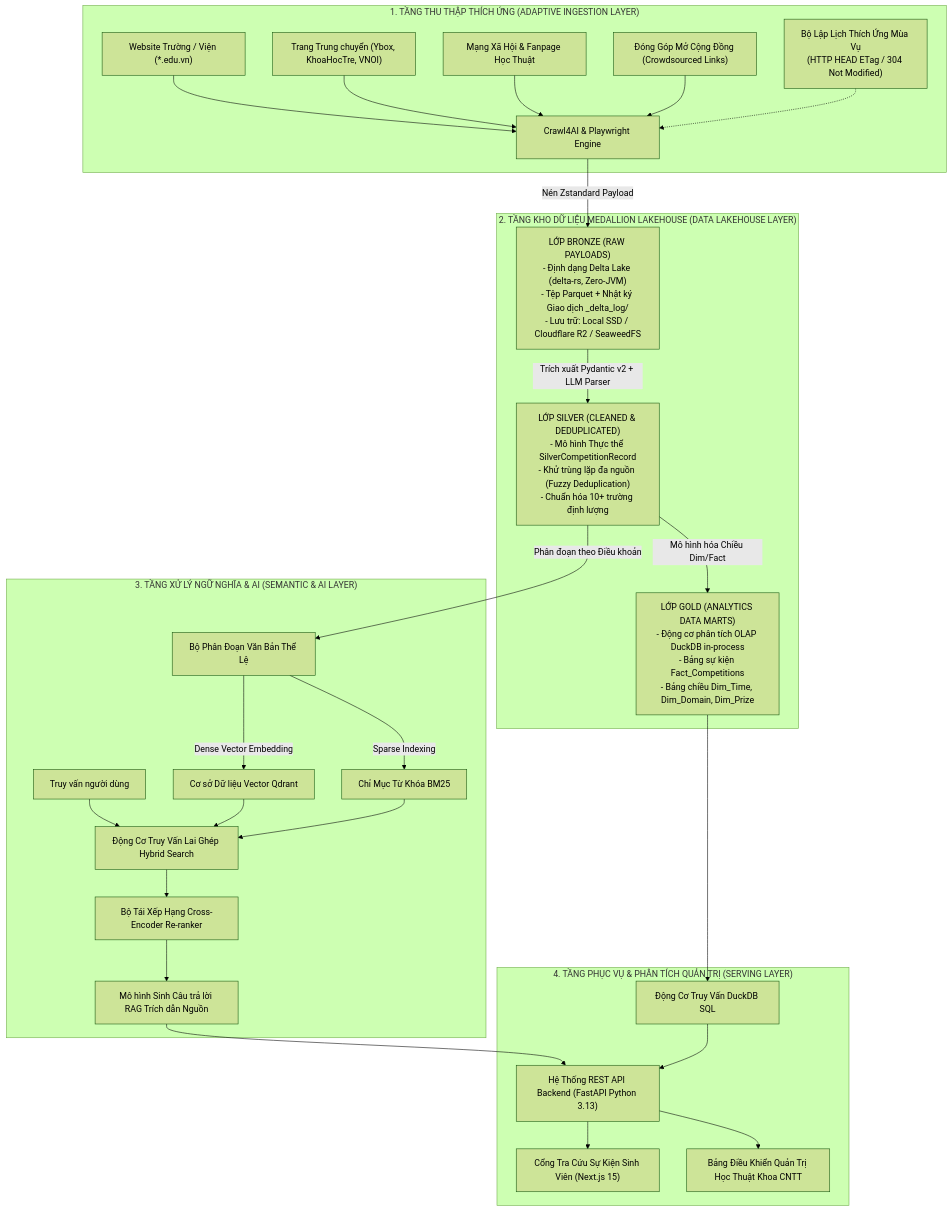
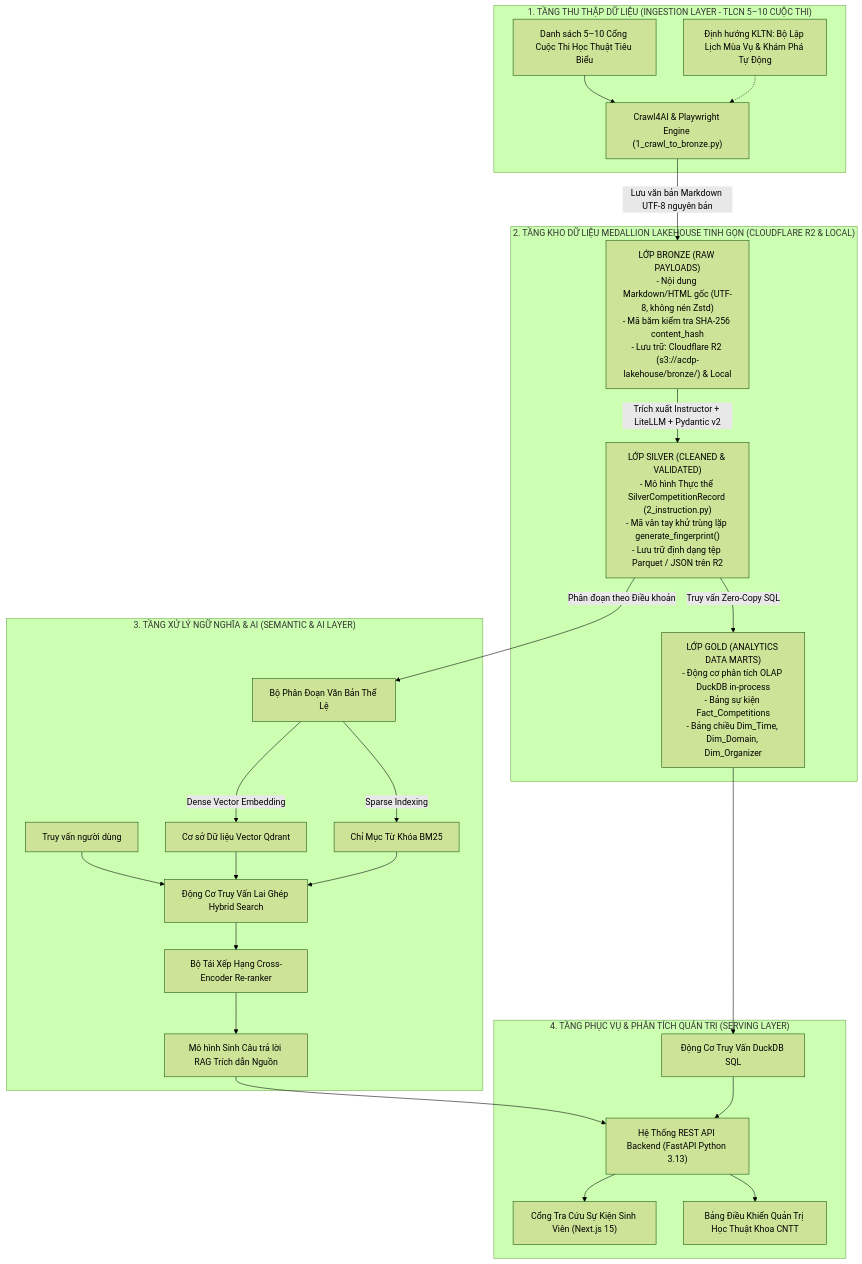
Before and after one commit to darktheDE/acdp-platform: the diagram in docs/academic/BaoCao_TieuLuan_ChuyenNganh_KTDL.md, drawn with Mermaid (forest theme). The commit also changed other lines of this file and 14 other files, not shown here.

````diff
--- a/docs/academic/BaoCao_TieuLuan_ChuyenNganh_KTDL.md
+++ b/docs/academic/BaoCao_TieuLuan_ChuyenNganh_KTDL.md
@@ -472,35 +459,32 @@
 ```mermaid
 flowchart TD
-    subgraph S1["1. TẦNG THU THẬP THÍCH ỨNG (ADAPTIVE INGESTION LAYER)"]
-        N1["Website Trường / Viện (*.edu.vn)"] --> C1["Crawl4AI & Playwright Engine"]
-        N2["Trang Trung chuyển (Ybox, KhoaHocTre, VNOI)"] --> C1
-        N3["Mạng Xã Hội & Fanpage Học Thuật"] --> C1
-        N4["Đóng Góp Mở Cộng Đồng (Crowdsourced Links)"] --> C1
-        SCH["Bộ Lập Lịch Thích Ứng Mùa Vụ<br>(HTTP HEAD ETag / 304 Not Modified)"] -.-> C1
+    subgraph S1["1. TẦNG THU THẬP DỮ LIỆU (INGESTION LAYER - TLCN 5–10 CUỘC THI)"]
+        N1["Danh sách 5–10 Cổng Cuộc Thi Học Thuật Tiêu Biểu"] --> C1["Crawl4AI & Playwright Engine (1_crawl_to_bronze.py)"]
+        SCH["Định hướng KLTN: Bộ Lập Lịch Mùa Vụ & Khám Phá Tự Động"] -.-> C1
     end
 
-    subgraph S2["2. TẦNG KHO DỮ LIỆU MEDALLION LAKEHOUSE (DATA LAKEHOUSE LAYER)"]
-        C1 -->|Nén Zstandard Payload| B1["LỚP BRONZE (RAW PAYLOADS)<br>- Định dạng Delta Lake (delta-rs, Zero-JVM)<br>- Tệp Parquet + Nhật ký Giao dịch _delta_log/<br>- Lưu trữ: Local SSD / Cloudflare R2 / SeaweedFS"]
-        B1 -->|Trích xuất Pydantic v2 + LLM Parser| S_LAYER["LỚP SILVER (CLEANED & DEDUPLICATED)<br>- Mô hình Thực thể SilverCompetitionRecord<br>- Khử trùng lặp đa nguồn (Fuzzy Deduplication)<br>- Chuẩn hóa 10+ trường định lượng"]
-        S_LAYER -->|Mô hình hóa Chiều Dim/Fact| G_LAYER["LỚP GOLD (ANALYTICS DATA MARTS)<br>- Động cơ phân tích OLAP DuckDB in-process<br>- Bảng sự kiện Fact_Competitions<br>- Bảng chiều Dim_Time, Dim_Domain, Dim_Prize"]
+    subgraph S2["2. TẦNG KHO DỮ LIỆU MEDALLION LAKEHOUSE TINH GỌN (CLOUDFLARE R2 & LOCAL)"]
+        C1 -->|Lưu văn bản Markdown UTF-8 nguyên bản| B1["LỚP BRONZE (RAW PAYLOADS)<br>- Nội dung Markdown/HTML gốc (UTF-8, không nén Zstd)<br>- Mã băm kiểm tra SHA-256 content_hash<br>- Lưu trữ: Cloudflare R2 (s3://acdp-lakehouse/bronze/) & Local"]
+        B1 -->|Trích xuất Instructor + LiteLLM + Pydantic v2| S_LAYER["LỚP SILVER (CLEANED & VALIDATED)<br>- Mô hình Thực thể SilverCompetitionRecord (2_instruction.py)<br>- Mã vân tay khử trùng lặp generate_fingerprint()<br>- Lưu trữ định dạng tệp Parquet / JSON trên R2"]
+        S_LAYER -->|Truy vấn Zero-Copy SQL| G_LAYER["LỚP GOLD (ANALYTICS DATA MARTS)<br>- Động cơ phân tích OLAP DuckDB in-process<br>- Bảng sự kiện Fact_Competitions<br>- Bảng chiều Dim_Time, Dim_Domain, Dim_Organizer"]
     end
 
     subgraph S3["3. TẦNG XỬ LÝ NGỮ NGHĨA & AI (SEMANTIC & AI LAYER)"]
         S_LAYER -->|Phân đoạn theo Điều khoản| CHUNK["Bộ Phân Đoạn Văn Bản Thể Lệ"]
         CHUNK -->|Dense Vector Embedding| VEC["Cơ sở Dữ liệu Vector Qdrant"]
         CHUNK -->|Sparse Indexing| BM25["Chỉ Mục Từ Khóa BM25"]
         Q_IN["Truy vấn người dùng"] --> HYBRID["Động Cơ Truy Vấn Lai Ghép Hybrid Search"]
         VEC --> HYBRID
         BM25 --> HYBRID
         HYBRID --> RERANK["Bộ Tái Xếp Hạng Cross-Encoder Re-ranker"]
         RERANK --> LLM_GEN["Mô hình Sinh Câu trả lời RAG Trích dẫn Nguồn"]
     end
 
     subgraph S4["4. TẦNG PHỤC VỤ & PHÂN TÍCH QUẢN TRỊ (SERVING LAYER)"]
         G_LAYER --> DUCK_API["Động Cơ Truy Vấn DuckDB SQL"]
         LLM_GEN --> FAST_API["Hệ Thống REST API Backend (FastAPI Python 3.13)"]
         DUCK_API --> FAST_API
         FAST_API --> WEB_APP["Cổng Tra Cứu Sự Kiện Sinh Viên (Next.js 15)"]
         FAST_API --> DASHBOARD["Bảng Điều Khiển Quản Trị Học Thuật Khoa CNTT"]
     end
 ```
````
